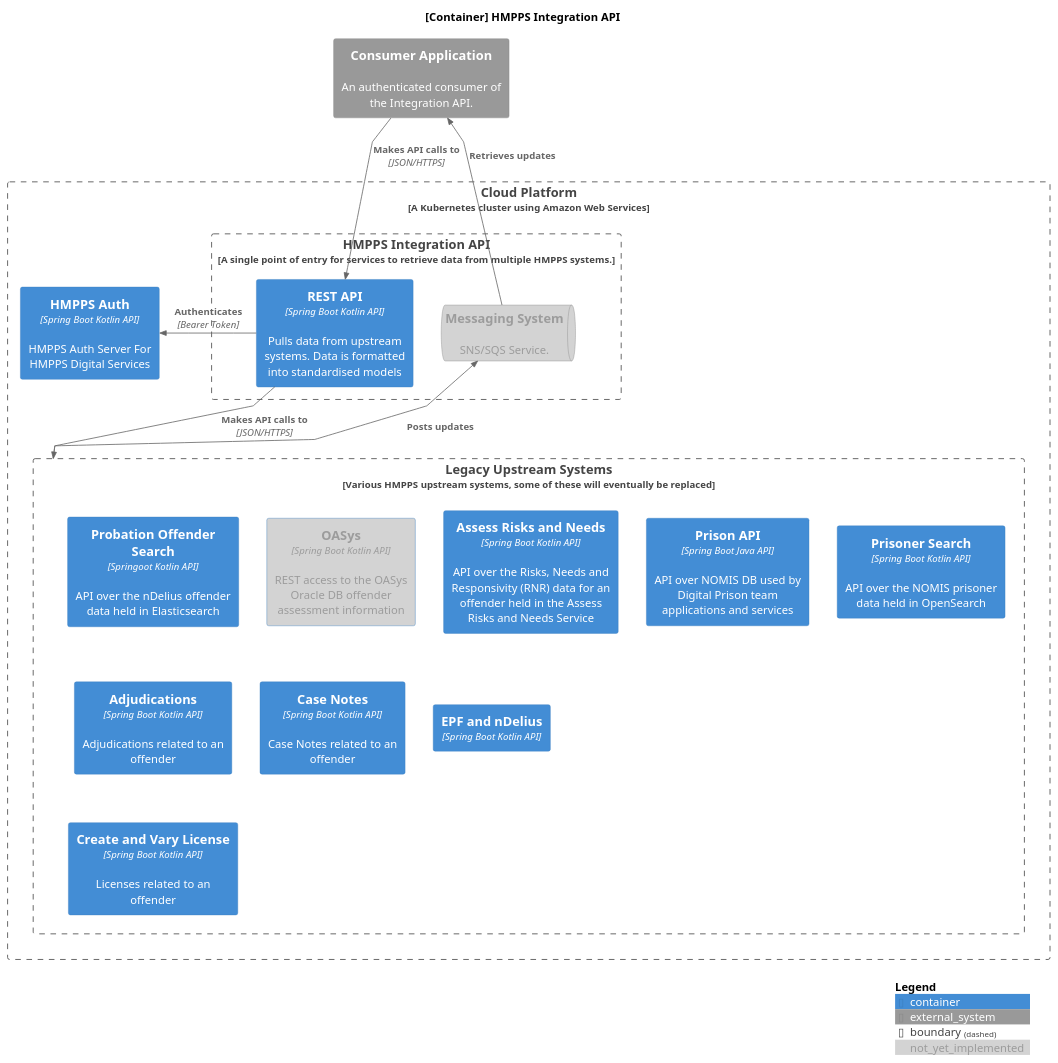
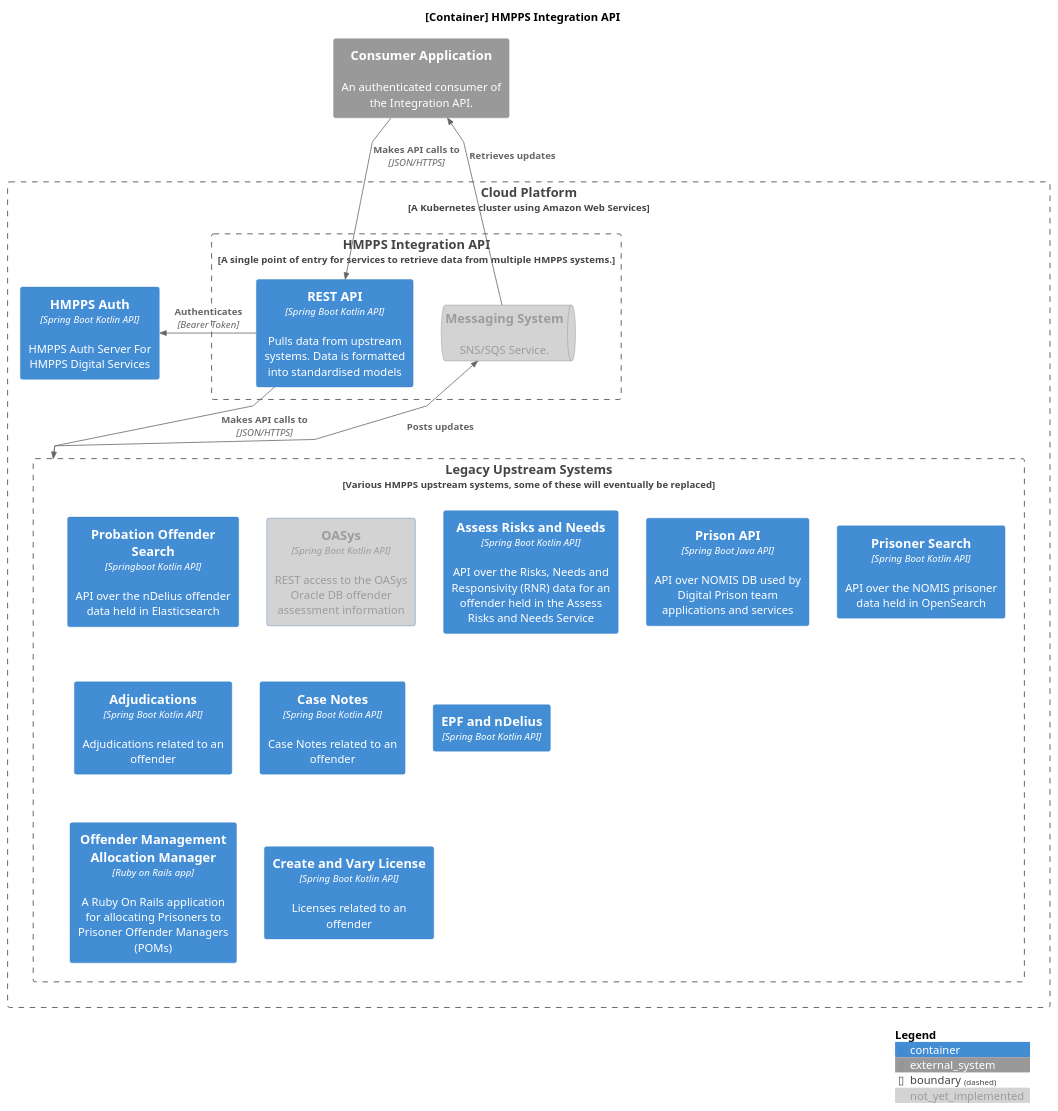
The diagram in docs/diagrams/container.puml (ministryofjustice/hmpps-integration-api), drawn with PlantUML before and after one commit.

Commit message:
Changed name

```diff
--- a/docs/diagrams/container.puml
+++ b/docs/diagrams/container.puml
@@ -1,44 +1,45 @@
 @startuml container
 
 !include https://raw.githubusercontent.com/plantuml-stdlib/C4-PlantUML/master/C4_Container.puml
 
 skinparam linetype polyline
 
 title [Container] HMPPS Integration API
 
 AddElementTag("not_yet_implemented", $bgColor="#D3D3D3", $fontColor="#9C9C9C")
 
 System_Ext(consumer, "Consumer Application", "An authenticated consumer of the Integration API.")
 
 Boundary(aws_cloudplatform, "Cloud Platform", "A Kubernetes cluster using Amazon Web Services", $link="https://user-guide.cloud-platform.service.justice.gov.uk/documentation/concepts/cp-tech-overview.html") {
     Boundary(hmpps_integration_api, "HMPPS Integration API", "A single point of entry for services to retrieve data from multiple HMPPS systems."){
         Container(spring_boot_api, "REST API", "Spring Boot Kotlin API", "Pulls data from upstream systems. Data is formatted into standardised models", $link="https://github.com/ministryofjustice/hmpps-integration-api")
         SystemQueue_Ext(messaging, "Messaging System", "SNS/SQS Service.",$tags="not_yet_implemented")
     }
 
     Container(hmpps_auth, "HMPPS Auth", "Spring Boot Kotlin API", "	UI and OAuth2 server integrating with NOMIS database, nDelius (via Community api) and an auth database for storing external users", $link="https://github.com/ministryofjustice/hmpps-auth")
 
     Boundary(upstream, "Legacy Upstream Systems", "Various HMPPS upstream systems, some of these will eventually be replaced"){
         Container(prison_api, "Prison API", "Spring Boot Java API", "API over NOMIS DB used by Digital Prison team applications and services", $link="https://github.com/ministryofjustice/prison-api")
-        Container(probation_offender_search, "Probation Offender Search", "Springoot Kotlin API", "API over the nDelius offender data held in Elasticsearch", $link="https://probation-offender-search-dev.hmpps.service.justice.gov.uk/swagger-ui/index.html")
+        Container(probation_offender_search, "Probation Offender Search", "Springboot Kotlin API", "API over the nDelius offender data held in Elasticsearch", $link="https://probation-offender-search-dev.hmpps.service.justice.gov.uk/swagger-ui/index.html")
         Container(prisoner_search, "Prisoner Search", "Spring Boot Kotlin API", "API over the NOMIS prisoner data held in OpenSearch", $link="https://github.com/ministryofjustice/hmpps-prisoner-search")
         Container(oasys, "OASys", "Spring Boot Kotlin API", "REST access to the OASys Oracle DB offender assessment information", $link="https://github.com/ministryofjustice/offender-assessments-api-kotlin", $tags="not_yet_implemented")
         Container(oasys_arn, "Assess Risks and Needs", "Spring Boot Kotlin API", "API over the Risks, Needs and Responsivity (RNR) data for an offender held in the Assess Risks and Needs Service", $link="https://github.com/ministryofjustice/hmpps-assess-risks-and-needs")
         Container(adjudications, "Adjudications", "Spring Boot Kotlin API", "Adjudications related to an offender", $link="https://github.com/ministryofjustice/hmpps-manage-adjudications-api")
         Container(case_notes, "Case Notes", "Spring Boot Kotlin API", "Case Notes related to an offender", $link="https://github.com/ministryofjustice/offender-case-notes")
         Container(effective_proposal_framework, "EPF and nDelius", "Spring Boot Kotlin API")
+        Container(manage_POM_cases, "Offender Management Allocation Manager", "Ruby on Rails app", "A Ruby On Rails application for allocating Prisoners to Prisoner Offender Managers (POMs)", $link="https://github.com/ministryofjustice/offender-management-allocation-manager")
         Container(create_and_vary_license, "Create and Vary License", "Spring Boot Kotlin API", "Licenses related to an offender", $link="https://github.com/ministryofjustice/create-and-vary-a-licence-api")
         Container(hmpps_auth, "HMPPS Auth", "Spring Boot Kotlin API", "HMPPS Auth Server For HMPPS Digital Services", $link="https://github.com/ministryofjustice/hmpps-auth")
         Lay_L(prisoner_search, prison_api)
     }
 }
 
 Rel(consumer, spring_boot_api, "Makes API calls to", "JSON/HTTPS")
 Rel(messaging, consumer, "Retrieves updates")
 Rel_Up(upstream, messaging, "Posts updates")
 Rel_Right(spring_boot_api, hmpps_auth, "Authenticates", "Bearer Token")
 Rel_Down(spring_boot_api, upstream, "Makes API calls to", "JSON/HTTPS")
 
 SHOW_DYNAMIC_LEGEND()
 
 @enduml
```
